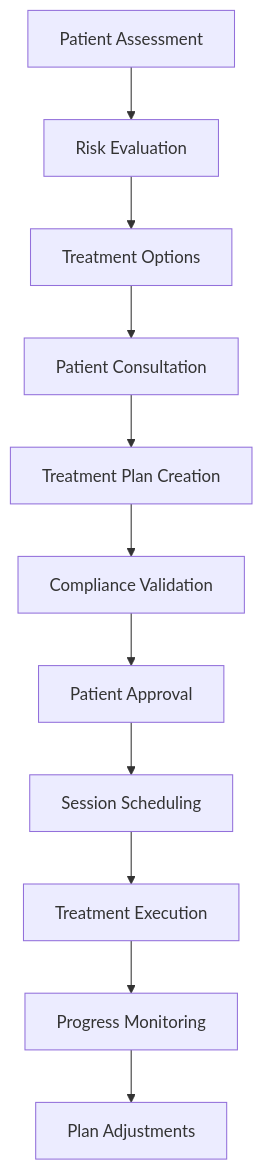
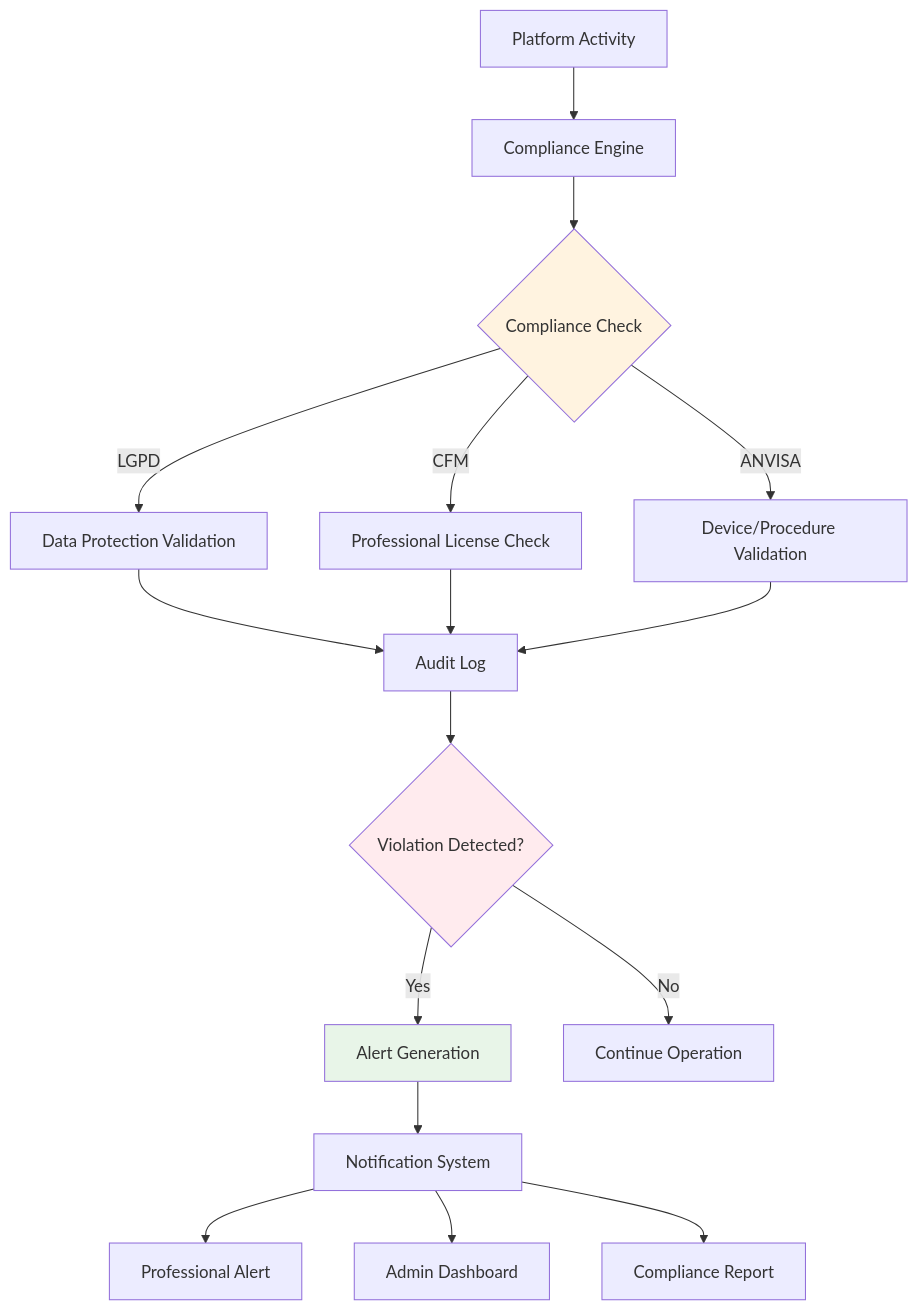
Before and after one commit to GrupoUS/neonpro: diagram 12 of 12 in docs/architecture/aesthetic-platform-flows.md, drawn with Mermaid. The commit also changed other lines of this file and 1 other file, not shown here.

````diff
--- a/docs/architecture/aesthetic-platform-flows.md
+++ b/docs/architecture/aesthetic-platform-flows.md
@@ -1701,13 +447,25 @@
 ```mermaid
 flowchart TD
-    A[Patient Assessment] --> B[Risk Evaluation]
-    B --> C[Treatment Options]
-    C --> D[Patient Consultation]
-    D --> E[Treatment Plan Creation]
-    E --> F[Compliance Validation]
-    F --> G[Patient Approval]
-    G --> H[Session Scheduling]
-    H --> I[Treatment Execution]
-    I --> J[Progress Monitoring]
-    J --> K[Plan Adjustments]
+    A[Platform Activity] --> B[Compliance Engine]
+    B --> C{Compliance Check}
+    C -->|LGPD| D[Data Protection Validation]
+    C -->|CFM| E[Professional License Check]
+    C -->|ANVISA| F[Device/Procedure Validation]
+
+    D --> G[Audit Log]
+    E --> G
+    F --> G
+
+    G --> H{Violation Detected?}
+    H -->|Yes| I[Alert Generation]
+    H -->|No| J[Continue Operation]
+
+    I --> K[Notification System]
+    K --> L[Professional Alert]
+    K --> M[Admin Dashboard]
+    K --> N[Compliance Report]
+
+    style C fill:#fff3e0
+    style H fill:#ffebee
+    style I fill:#e8f5e8
 ```
````
